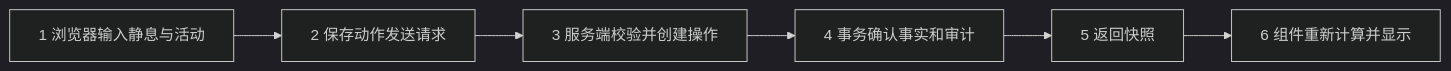
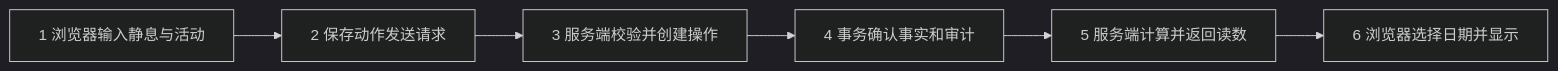
One commit to Obl1vion31/Formward changed the third of 3 diagrams in docs/code-study.md. Above: the diagram before and after it, drawn with Mermaid (dark theme). The commit also changed other lines of this file and 55 other files, not shown here.

````diff
--- a/docs/code-study.md
+++ b/docs/code-study.md
@@ -680,8 +680,8 @@
 ```mermaid
 flowchart LR
   A[1 浏览器输入静息与活动] --> B[2 保存动作发送请求]
   B --> C[3 服务端校验并创建操作]
   C --> D[4 事务确认事实和审计]
-  D --> E[5 返回快照]
-  E --> F[6 组件重新计算并显示]
+  D --> E[5 服务端计算并返回读数]
+  E --> F[6 浏览器选择日期并显示]
 ```
````
